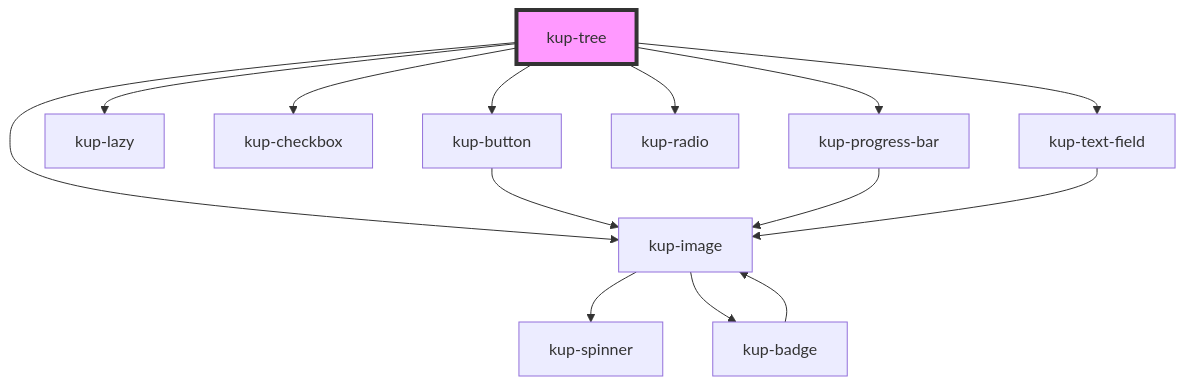
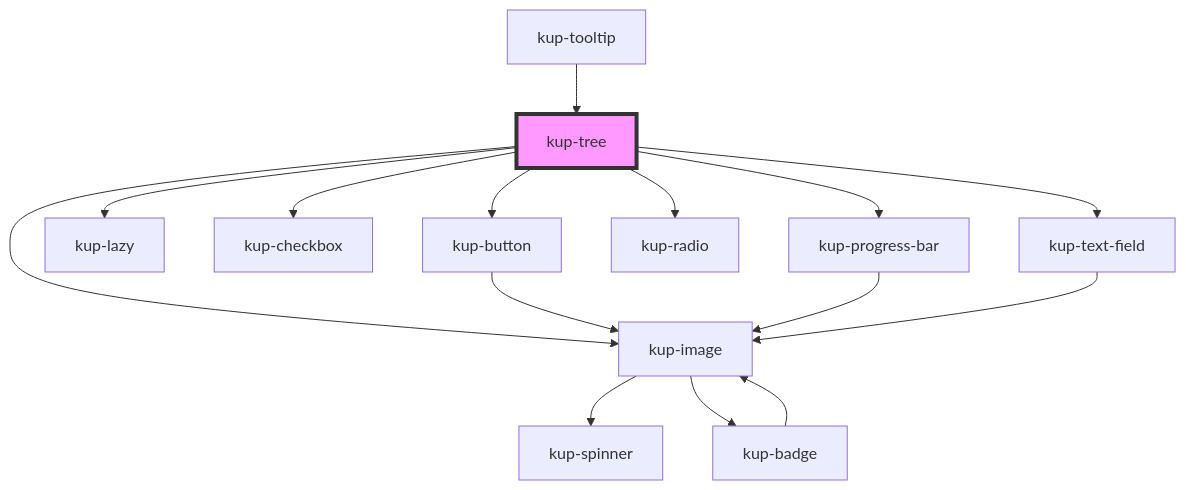
Before and after one commit to smeup/ketchup: the diagram in packages/ketchup/src/components/kup-tree/readme.md, drawn with Mermaid. The commit also changed other lines of this file and 10 other files, not shown here.

Commit message:
kup-tooltip: managed one component for data table, manage showing cell options

````diff
--- a/packages/ketchup/src/components/kup-tree/readme.md
+++ b/packages/ketchup/src/components/kup-tree/readme.md
@@ -121,17 +125,18 @@
 ```mermaid
 graph TD;
   kup-tree --> kup-button
   kup-tree --> kup-lazy
   kup-tree --> kup-checkbox
   kup-tree --> kup-image
   kup-tree --> kup-progress-bar
   kup-tree --> kup-radio
   kup-tree --> kup-text-field
   kup-button --> kup-image
   kup-image --> kup-spinner
   kup-image --> kup-badge
   kup-badge --> kup-image
   kup-progress-bar --> kup-image
   kup-text-field --> kup-image
+  kup-tooltip --> kup-tree
   style kup-tree fill:#f9f,stroke:#333,stroke-width:4px
 ```
````
